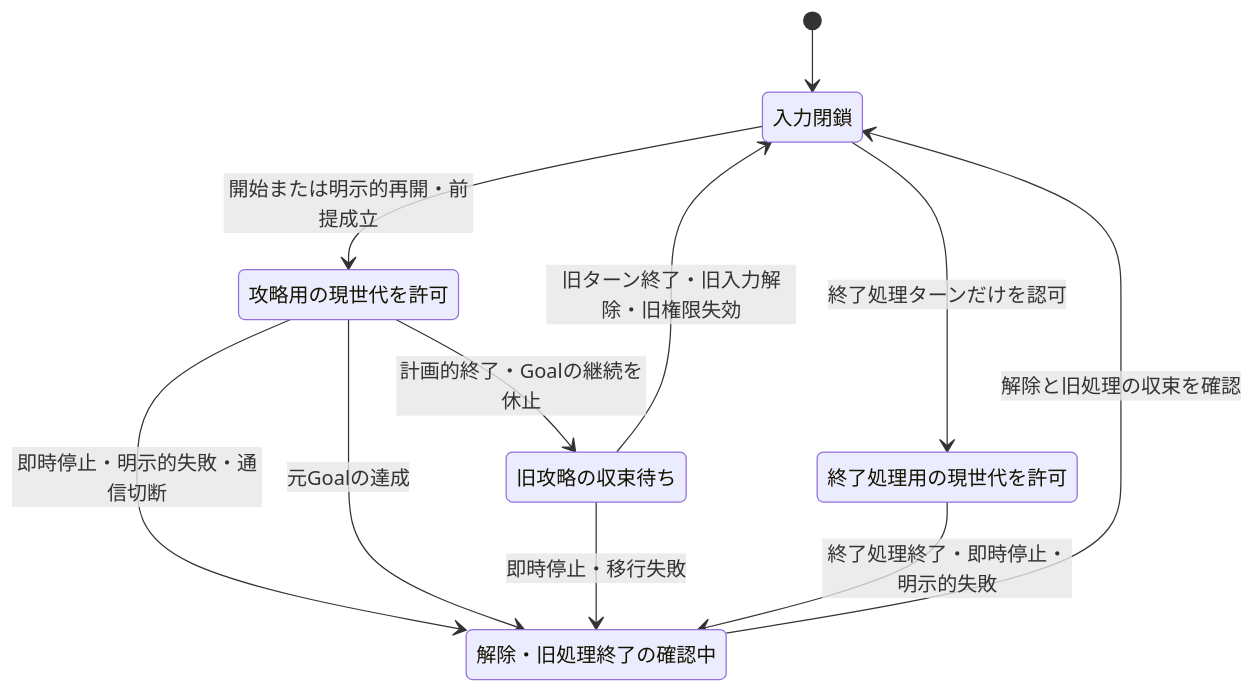
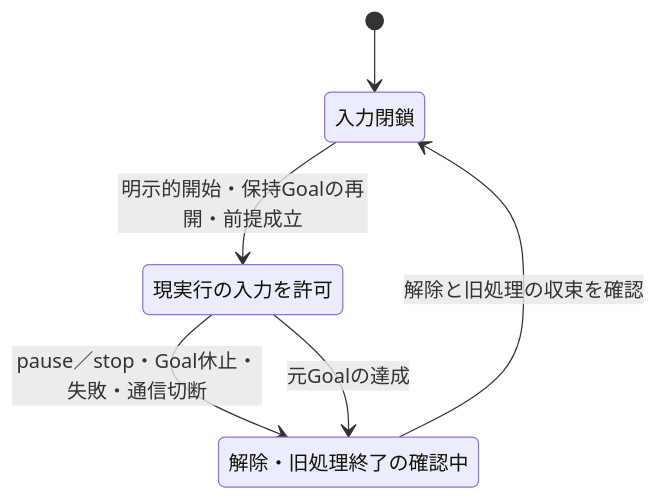
The eighth of 8 diagrams in spec/initial/09-control-flows.md (niart120/Project_Gigas), drawn with Mermaid before and after one commit. The commit also changed other lines of this file and 14 other files, not shown here.

````diff
--- a/spec/initial/09-control-flows.md
+++ b/spec/initial/09-control-flows.md
@@ -360,18 +355,11 @@
 ```mermaid
 stateDiagram-v2
     state "入力閉鎖" as Closed
-    state "攻略用の現世代を許可" as PlayGrant
-    state "旧攻略の収束待ち" as Drain
-    state "終了処理用の現世代を許可" as CloseGrant
+    state "現実行の入力を許可" as Granted
     state "解除・旧処理終了の確認中" as Release
     [*] --> Closed
-    Closed --> PlayGrant: 開始または明示的再開・前提成立
-    PlayGrant --> Drain: 計画的終了・Goalの継続を休止
-    Drain --> Closed: 旧ターン終了・旧入力解除・旧権限失効
-    Closed --> CloseGrant: 終了処理ターンだけを認可
-    PlayGrant --> Release: 即時停止・明示的失敗・通信切断
-    PlayGrant --> Release: 元Goalの達成
-    Drain --> Release: 即時停止・移行失敗
-    CloseGrant --> Release: 終了処理終了・即時停止・明示的失敗
+    Closed --> Granted: 明示的開始・保持Goalの再開・前提成立
+    Granted --> Release: pause／stop・Goal休止・失敗・通信切断
+    Granted --> Release: 元Goalの達成
     Release --> Closed: 解除と旧処理の収束を確認
 ```
````
